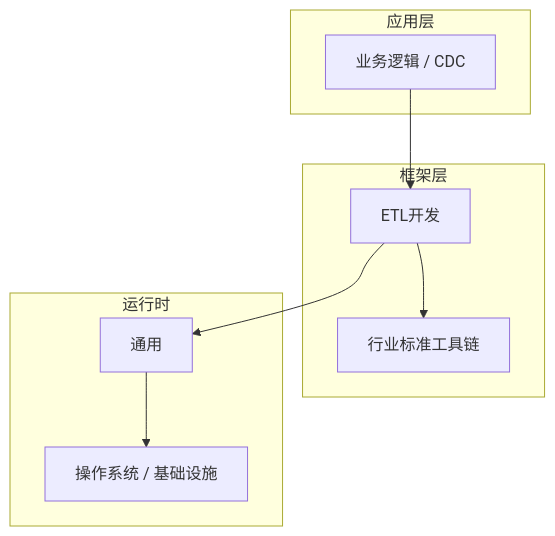
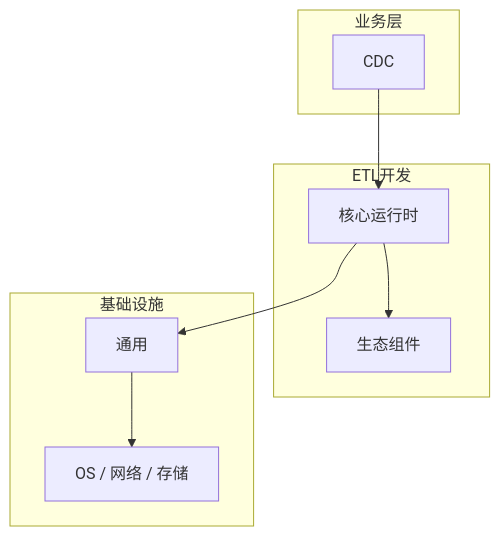
Before and after one commit to yanggan2015/knowledge-json-v2: the diagram in articles/ETL开发/chapters/041-CDC核心概念与原理.md, drawn with Mermaid. The commit also changed other lines of this file and 10127 other files, not shown here.

````diff
--- a/articles/ETL开发/chapters/041-CDC核心概念与原理.md
+++ b/articles/ETL开发/chapters/041-CDC核心概念与原理.md
@@ -45,18 +34,18 @@
 ```mermaid
 graph TB
-    subgraph 应用层
-        A[业务逻辑 / CDC]
+    subgraph 业务层
+        A[CDC]
     end
-    subgraph 框架层
-        B[ETL开发]
-        C[行业标准工具链]
+    subgraph ETL开发
+        B[核心运行时]
+        C[生态组件]
     end
-    subgraph 运行时
+    subgraph 基础设施
         D[通用]
-        E[操作系统 / 基础设施]
+        E[OS / 网络 / 存储]
     end
     A --> B
     B --> C
     B --> D
     D --> E
 ```
````
